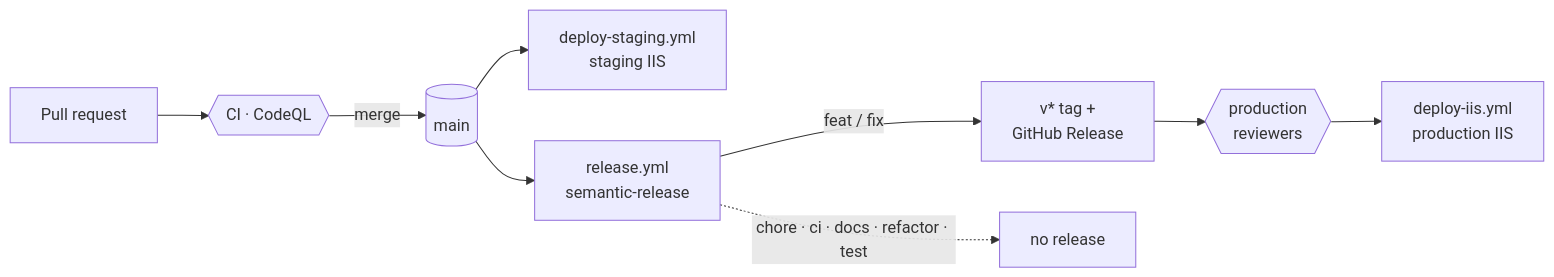
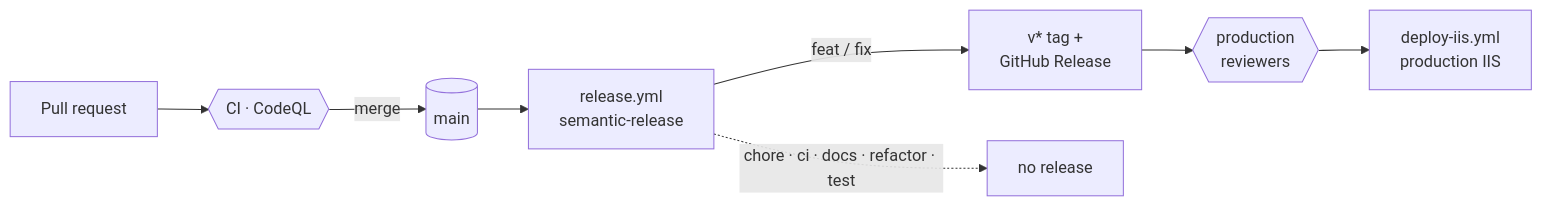
One commit to oliviobecker/palpitaoapp changed the first of 2 diagrams in docs/operations.md. Above: the diagram before and after it, drawn with Mermaid. The commit also changed other lines of this file and 16 other files, not shown here.

````diff
--- a/docs/operations.md
+++ b/docs/operations.md
@@ -7,11 +7,10 @@
 ```mermaid
 flowchart LR
     pr[Pull request] --> ci{{"CI · CodeQL"}}
     ci -->|merge| main[(main)]
-    main --> staging["deploy-staging.yml<br/>staging IIS"]
     main --> release["release.yml<br/>semantic-release"]
     release -->|feat / fix| tag["v* tag +<br/>GitHub Release"]
     tag --> gate{{"production<br/>reviewers"}}
     gate --> prod["deploy-iis.yml<br/>production IIS"]
     release -.->|chore · ci · docs · refactor · test| none[no release]
 ```
````
